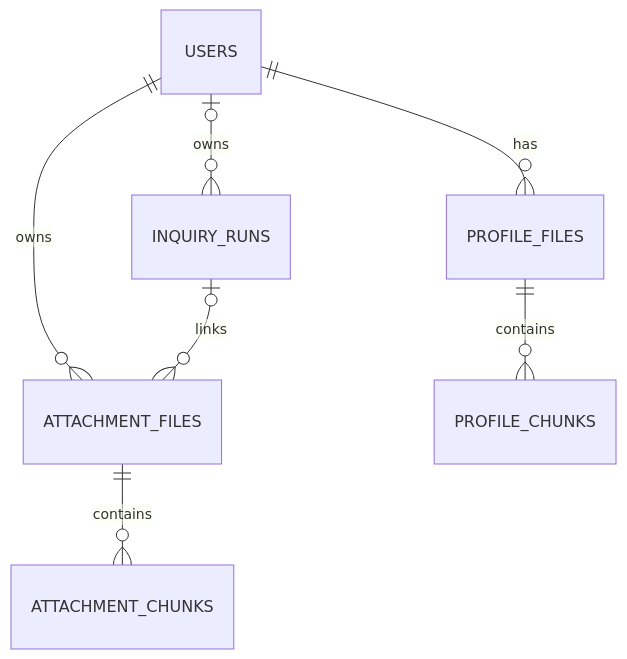
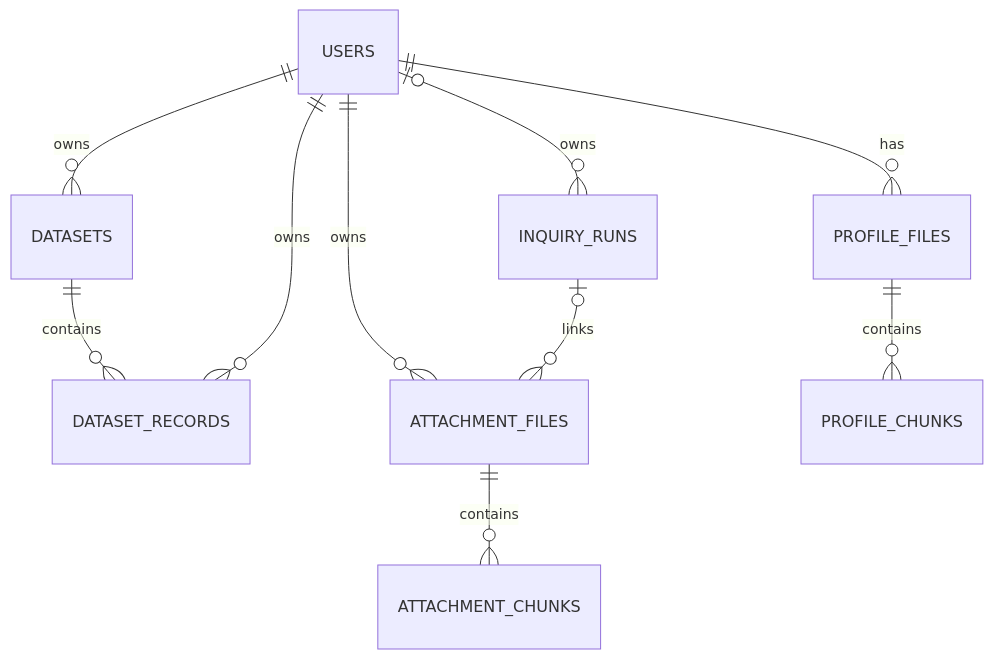
Before and after one commit to RodAcevedoF/atlas: the diagram in docs/data.md, drawn with Mermaid. The commit also changed other lines of this file and 3 other files, not shown here.

````diff
--- a/docs/data.md
+++ b/docs/data.md
@@ -9,9 +9,12 @@
 ```mermaid
 erDiagram
+    USERS ||--o{ DATASETS : owns
+    DATASETS ||--o{ DATASET_RECORDS : contains
+    USERS ||--o{ DATASET_RECORDS : owns
     USERS o|--o{ INQUIRY_RUNS : owns
     USERS ||--o{ ATTACHMENT_FILES : owns
     INQUIRY_RUNS o|--o{ ATTACHMENT_FILES : links
     ATTACHMENT_FILES ||--o{ ATTACHMENT_CHUNKS : contains
     USERS ||--o{ PROFILE_FILES : has
     PROFILE_FILES ||--o{ PROFILE_CHUNKS : contains
 ```
````
